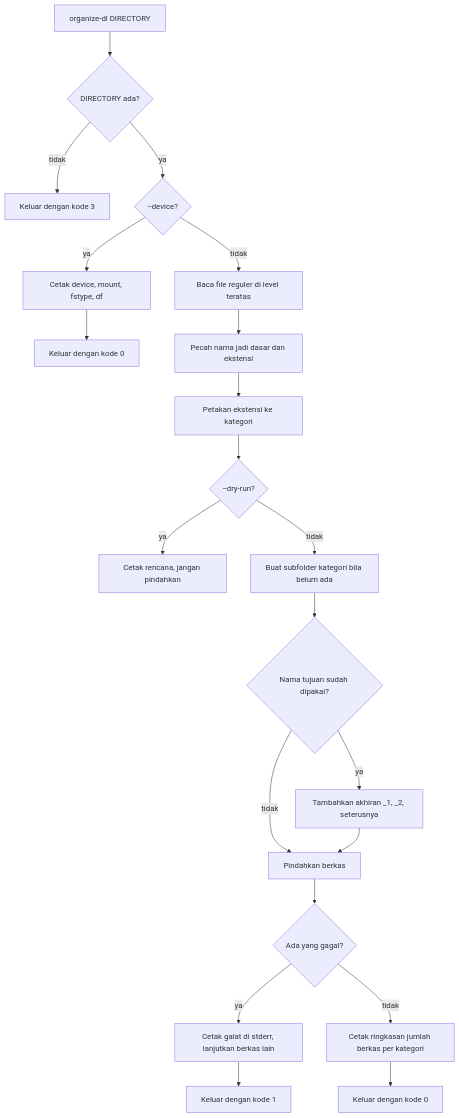
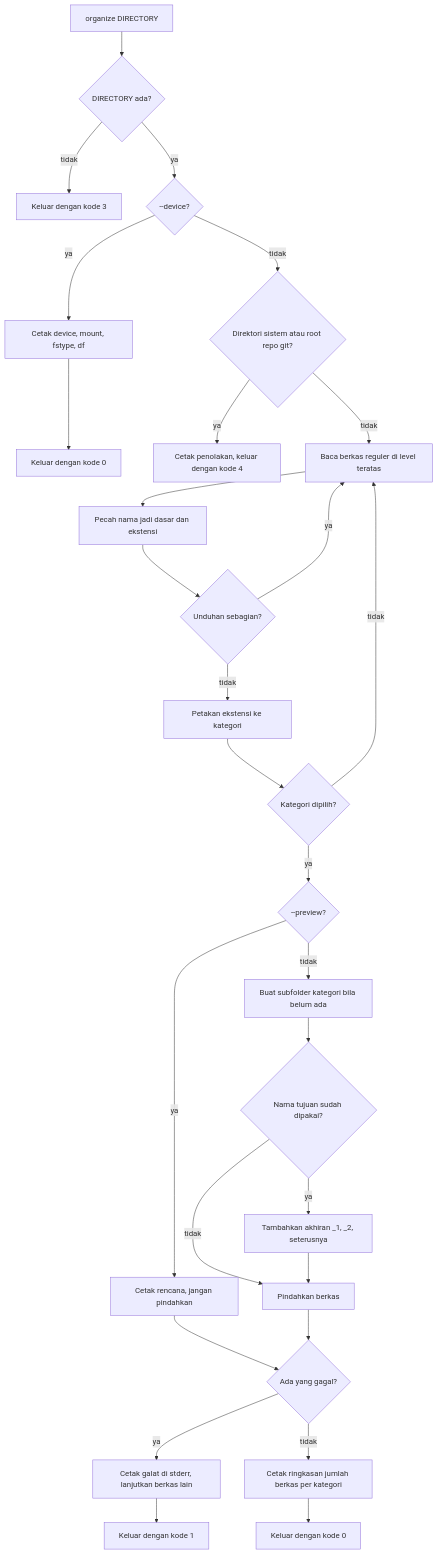
The diagram in README.md (Ivanadrian31/organize), drawn with Mermaid before and after one commit. The commit also changed other lines of this file and 14 other files, not shown here.

````diff
--- a/README.md
+++ b/README.md
@@ -186,23 +235,30 @@
 ```mermaid
 flowchart TD
-    A["organize-dl DIRECTORY"] --> B{"DIRECTORY ada?"}
+    A["organize DIRECTORY"] --> B{"DIRECTORY ada?"}
     B -- tidak --> Z["Keluar dengan kode 3"]
     B -- ya --> C{"--device?"}
     C -- ya --> D["Cetak device, mount, fstype, df"]
     D --> E["Keluar dengan kode 0"]
-    C -- tidak --> F["Baca file reguler di level teratas"]
-    F --> G["Pecah nama jadi dasar dan ekstensi"]
-    G --> H["Petakan ekstensi ke kategori"]
-    H --> I{"--dry-run?"}
-    I -- ya --> J["Cetak rencana, jangan pindahkan"]
-    I -- tidak --> K["Buat subfolder kategori bila belum ada"]
-    K --> L{"Nama tujuan sudah dipakai?"}
-    L -- ya --> M["Tambahkan akhiran _1, _2, seterusnya"]
-    L -- tidak --> N["Pindahkan berkas"]
-    M --> N
-    N --> O{"Ada yang gagal?"}
-    O -- ya --> P["Cetak galat di stderr, lanjutkan berkas lain"]
-    O -- tidak --> Q["Cetak ringkasan jumlah berkas per kategori"]
-    P --> R["Keluar dengan kode 1"]
-    Q --> S["Keluar dengan kode 0"]
+    C -- tidak --> F{"Direktori sistem atau root repo git?"}
+    F -- ya --> Y["Cetak penolakan, keluar dengan kode 4"]
+    F -- tidak --> G["Baca berkas reguler di level teratas"]
+    G --> H["Pecah nama jadi dasar dan ekstensi"]
+    H --> I{"Unduhan sebagian?"}
+    I -- ya --> G
+    I -- tidak --> J["Petakan ekstensi ke kategori"]
+    J --> K{"Kategori dipilih?"}
+    K -- tidak --> G
+    K -- ya --> L{"--preview?"}
+    L -- ya --> M["Cetak rencana, jangan pindahkan"]
+    L -- tidak --> N["Buat subfolder kategori bila belum ada"]
+    N --> O{"Nama tujuan sudah dipakai?"}
+    O -- ya --> P["Tambahkan akhiran _1, _2, seterusnya"]
+    O -- tidak --> Q["Pindahkan berkas"]
+    P --> Q
+    M --> R{"Ada yang gagal?"}
+    Q --> R
+    R -- ya --> S["Cetak galat di stderr, lanjutkan berkas lain"]
+    R -- tidak --> T["Cetak ringkasan jumlah berkas per kategori"]
+    S --> U["Keluar dengan kode 1"]
+    T --> V["Keluar dengan kode 0"]
 ```
````
